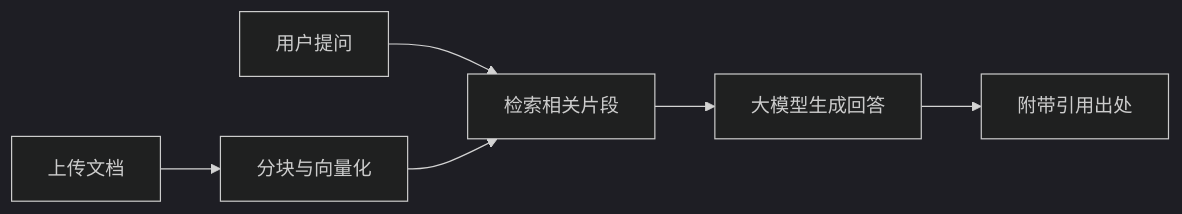
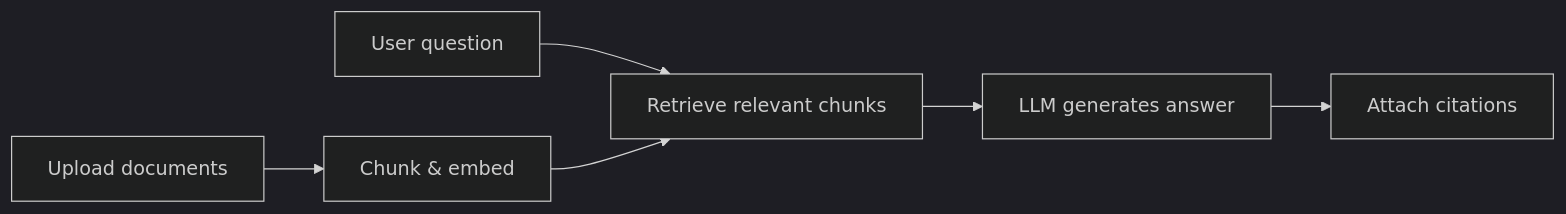
One commit to turing-pixel/turing-rag changed the diagram in README.md. Above: the diagram before and after it, drawn with Mermaid (dark theme). The commit also changed other lines of this file and 1 other file, not shown here.

````diff
--- a/README.md
+++ b/README.md
@@ -71,8 +70,8 @@
 ```mermaid
 flowchart LR
-  A[上传文档] --> B[分块与向量化]
-  C[用户提问] --> D[检索相关片段]
+  A[Upload documents] --> B[Chunk & embed]
+  C[User question] --> D[Retrieve relevant chunks]
   B --> D
-  D --> E[大模型生成回答]
-  E --> F[附带引用出处]
+  D --> E[LLM generates answer]
+  E --> F[Attach citations]
 ```
````
